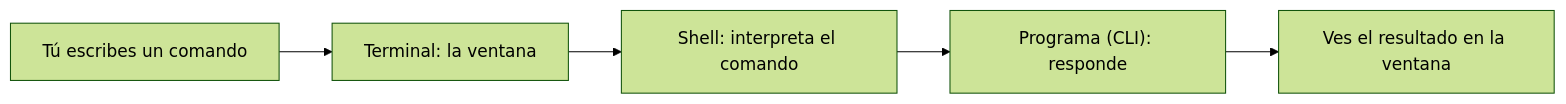
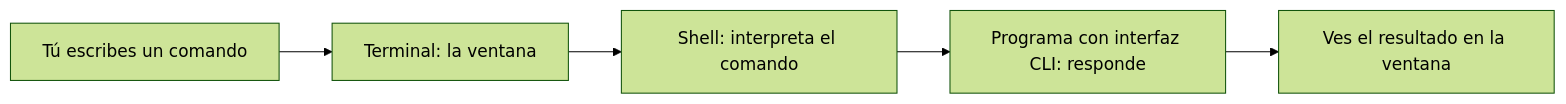
One commit to harrysxavio/gentle-ai-manual changed the diagram in src/content/docs/01-fundamentos-tecnologicos/02-la-terminal.md. Above: the diagram before and after it, drawn with Mermaid (forest theme). The commit also changed other lines of this file and 2 other files, not shown here.

Commit message:
docs: define CLI and TUI as interfaces, not program types, after codex review

````diff
--- a/src/content/docs/01-fundamentos-tecnologicos/02-la-terminal.md
+++ b/src/content/docs/01-fundamentos-tecnologicos/02-la-terminal.md
@@ -126,7 +126,7 @@
 ```mermaid
 flowchart LR
     U["Tú escribes un comando"] --> W["Terminal: la ventana"]
     W --> SH["Shell: interpreta el comando"]
-    SH --> P["Programa (CLI): responde"]
+    SH --> P["Programa con interfaz CLI: responde"]
     P --> R["Ves el resultado en la ventana"]
 ```
````
